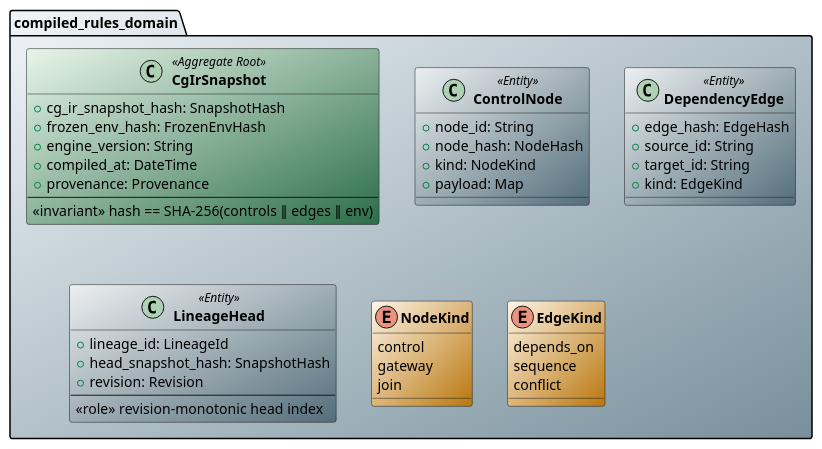
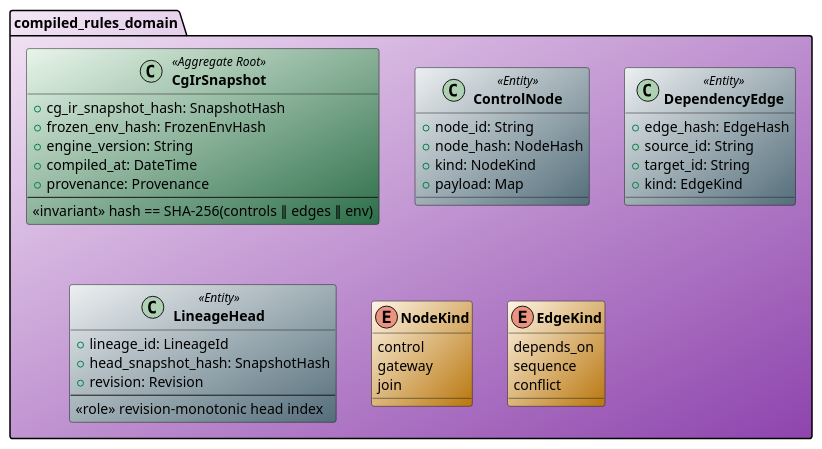
One commit to salimnamvar/selma changed the diagram in docs/class/common/cd_section_domain_compiled_rules.puml. Above: the diagram before and after it, drawn with PlantUML. The commit also changed 34 other files, not shown here.

```diff
--- a/docs/class/common/cd_section_domain_compiled_rules.puml
+++ b/docs/class/common/cd_section_domain_compiled_rules.puml
@@ -1,54 +1,54 @@
 ' ============================================================
 ' Section: cd_section_domain_compiled_rules.puml
 ' ============================================================
 
-package "compiled_rules_domain" as DOM_CR #F0F4F8/78909C {
+package "compiled_rules_domain" as DOM_CR #F3E5F5/8E44AD {
 
   class "**CgIrSnapshot**" as CgIrSnapshot <<Aggregate Root>> #E8F5E9/2C6E49 {
     + cg_ir_snapshot_hash: SnapshotHash
     + frozen_env_hash: FrozenEnvHash
     + engine_version: String
     + compiled_at: DateTime
     + provenance: Provenance
     --
     <<invariant>> hash == SHA-256(controls ∥ edges ∥ env)
   }
 
   class "**ControlNode**" as ControlNode <<Entity>> #ECEFF1/546E7A {
     + node_id: String
     + node_hash: NodeHash
     + kind: NodeKind
     + payload: Map
   }
 
   class "**DependencyEdge**" as DependencyEdge <<Entity>> #ECEFF1/546E7A {
     + edge_hash: EdgeHash
     + source_id: String
     + target_id: String
     + kind: EdgeKind
   }
 
   class "**LineageHead**" as LineageHead <<Entity>> #ECEFF1/546E7A {
     + lineage_id: LineageId
     + head_snapshot_hash: SnapshotHash
     + revision: Revision
     --
     <<role>> revision-monotonic head index
   }
 
   enum "**NodeKind**" as NodeKind #FEF5E7/B9770E {
     control
     gateway
     join
   }
 
   enum "**EdgeKind**" as EdgeKind #FEF5E7/B9770E {
     depends_on
     sequence
     conflict
   }
 }
 
 ' ═══════════════════════════════════════════════════════════
 '  inspections_domain
 ' ═══════════════════════════════════════════════════════════
```
